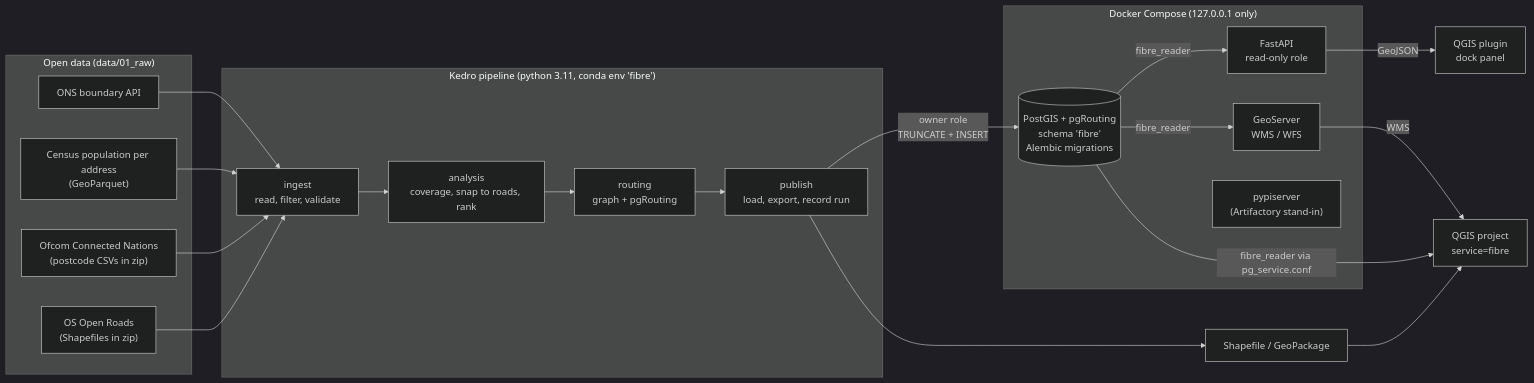
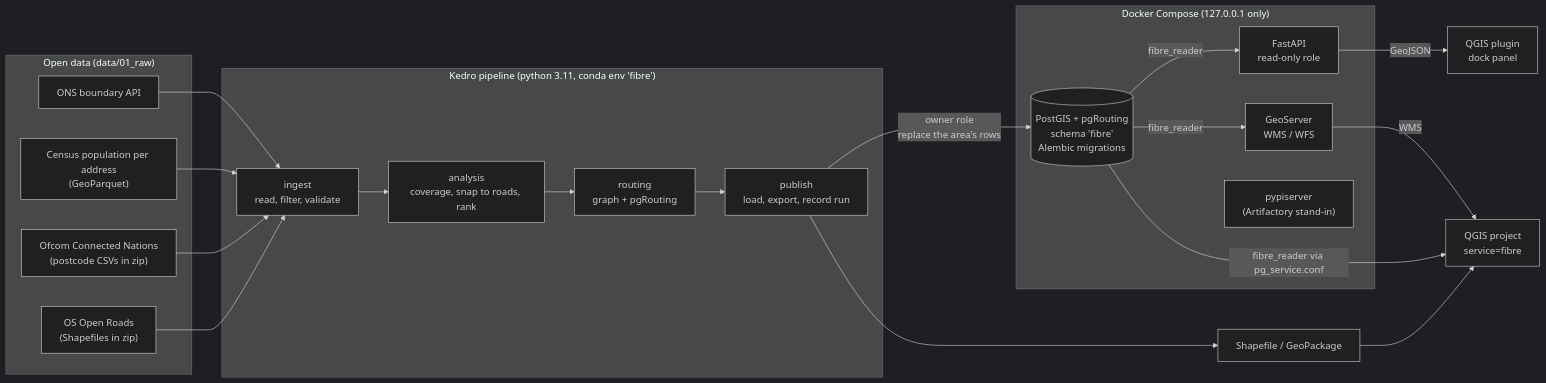
The diagram in docs/architecture.md (petersolan/GB-Fibre-Planning-Pipeline), drawn with Mermaid (dark theme) before and after one commit. The commit also changed other lines of this file and 29 other files, not shown here.

````diff
--- a/docs/architecture.md
+++ b/docs/architecture.md
@@ -3,34 +3,34 @@
 ```mermaid
 flowchart LR
     subgraph sources["Open data (data/01_raw)"]
         ONS["ONS boundary API"]
         CEN["Census population per address<br/>(GeoParquet)"]
         OFC["Ofcom Connected Nations<br/>(postcode CSVs in zip)"]
         OSR["OS Open Roads<br/>(Shapefiles in zip)"]
     end
 
     subgraph kedro["Kedro pipeline (python 3.11, conda env 'fibre')"]
         ING["ingest<br/>read, filter, validate"]
         ANA["analysis<br/>coverage, snap to roads, rank"]
         ROU["routing<br/>graph + pgRouting"]
         PUB["publish<br/>load, export, record run"]
         ING --> ANA --> ROU --> PUB
     end
 
     subgraph docker["Docker Compose (127.0.0.1 only)"]
         PG[("PostGIS + pgRouting<br/>schema 'fibre'<br/>Alembic migrations")]
         API["FastAPI<br/>read-only role"]
         GS["GeoServer<br/>WMS / WFS"]
         PYPI["pypiserver<br/>(Artifactory stand-in)"]
     end
 
     ONS & CEN & OFC & OSR --> ING
-    PUB -->|"owner role<br/>TRUNCATE + INSERT"| PG
+    PUB -->|"owner role<br/>replace the area's rows"| PG
     PUB --> FILES["Shapefile / GeoPackage"]
     PG -->|"fibre_reader"| API
     PG -->|"fibre_reader"| GS
     API -->|"GeoJSON"| PLUGIN["QGIS plugin<br/>dock panel"]
     GS -->|"WMS"| QGIS["QGIS project<br/>service=fibre"]
     PG -->|"fibre_reader via pg_service.conf"| QGIS
     FILES --> QGIS
 ```
````
